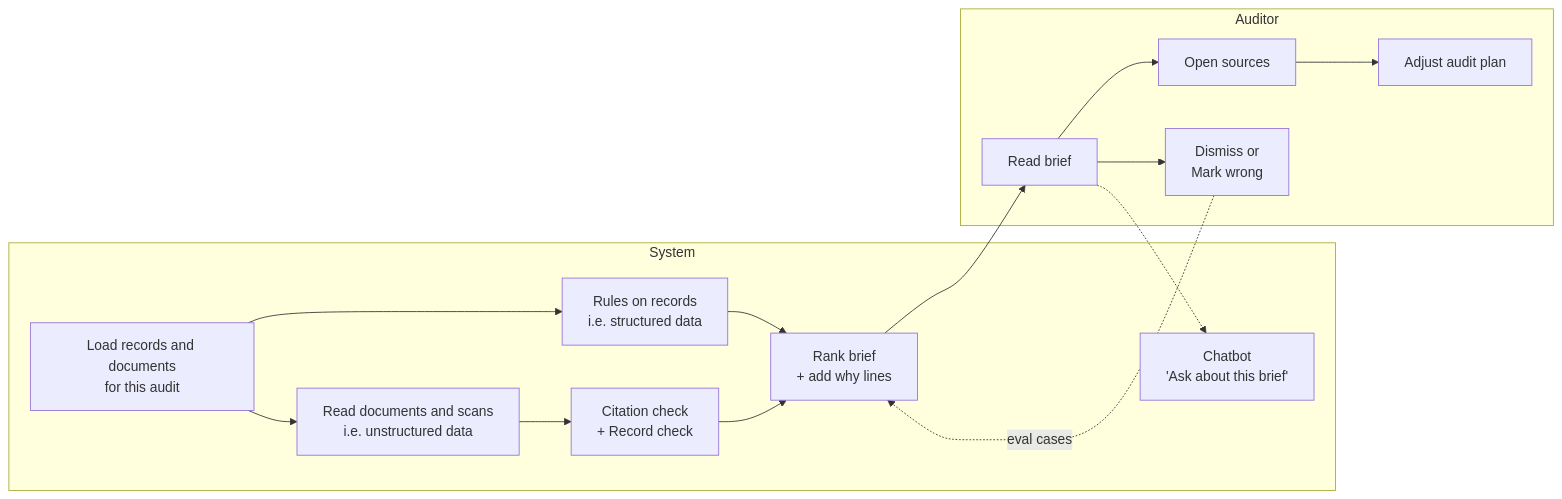
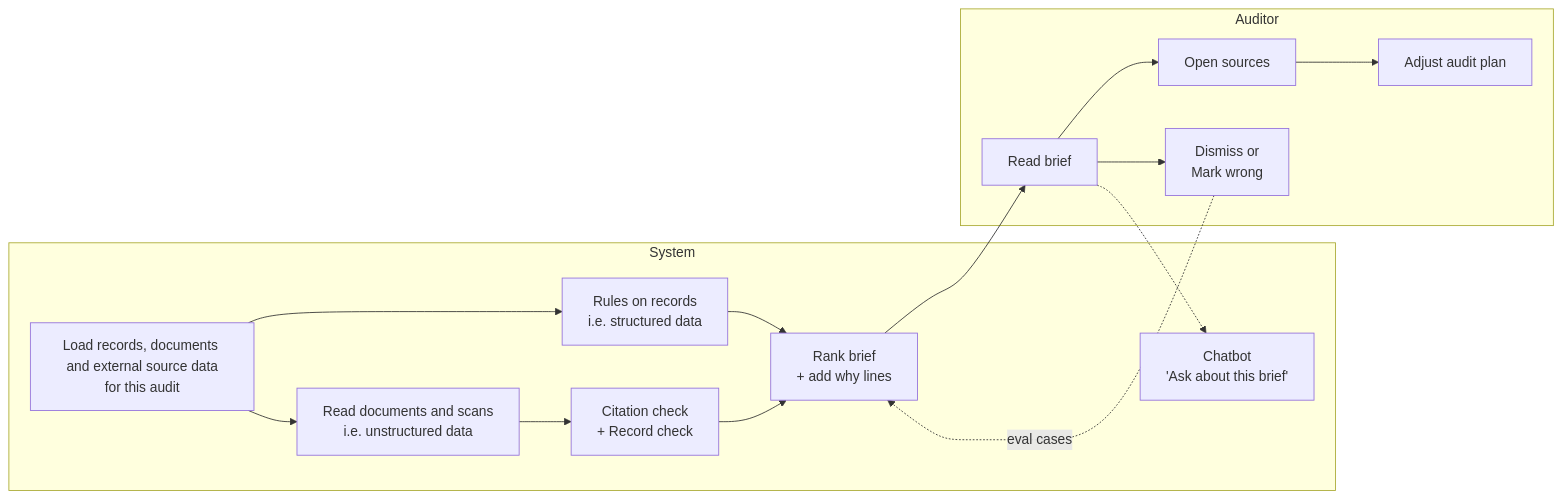
One commit to shashankag14/audit-prep-assistant changed the first of 2 diagrams in docs/02-product-experience.md. Above: the diagram before and after it, drawn with Mermaid. The commit also changed other lines of this file and 3 other files, not shown here.

````diff
--- a/docs/02-product-experience.md
+++ b/docs/02-product-experience.md
@@ -38,19 +38,19 @@
 ```mermaid
 flowchart LR
     subgraph S["System"]
-        A[Load records and documents<br/>for this audit] --> B[Rules on records</br>i.e. structured data]
+        A[Load records, documents and external source data<br/>for this audit] --> B[Rules on records</br>i.e. structured data]
         A --> C[Read documents and scans</br>i.e. unstructured data]
         C --> D[Citation check<br/>+ Record check]
         B --> E[Rank brief<br/>+ add why lines]
         D --> E
         Q[Chatbot</br>'Ask about this brief']
     end
     subgraph H["Auditor"]
         F[Read brief] --> G[Open sources]
         G --> I[Adjust audit plan]
         F --> K[Dismiss or<br/>Mark wrong]
         F -.-> Q
     end
     E --> F
     K -. eval cases .-> E
 ```
````
